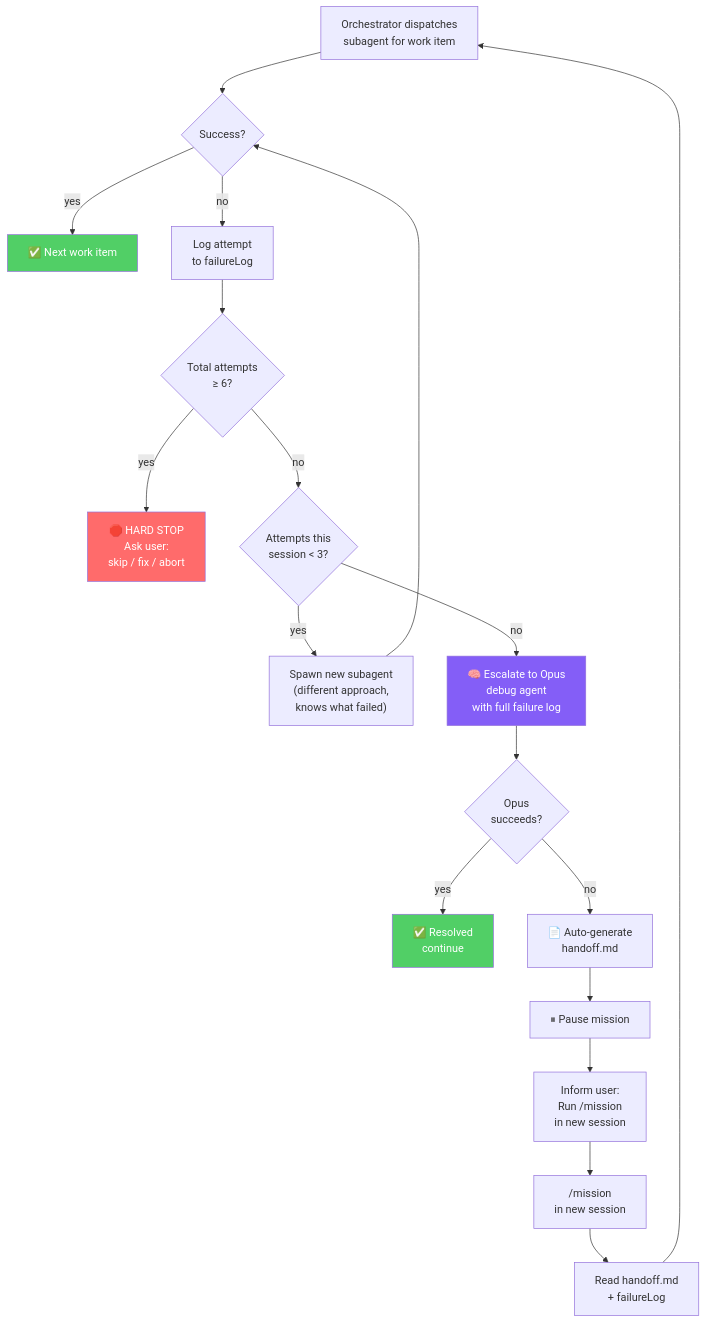
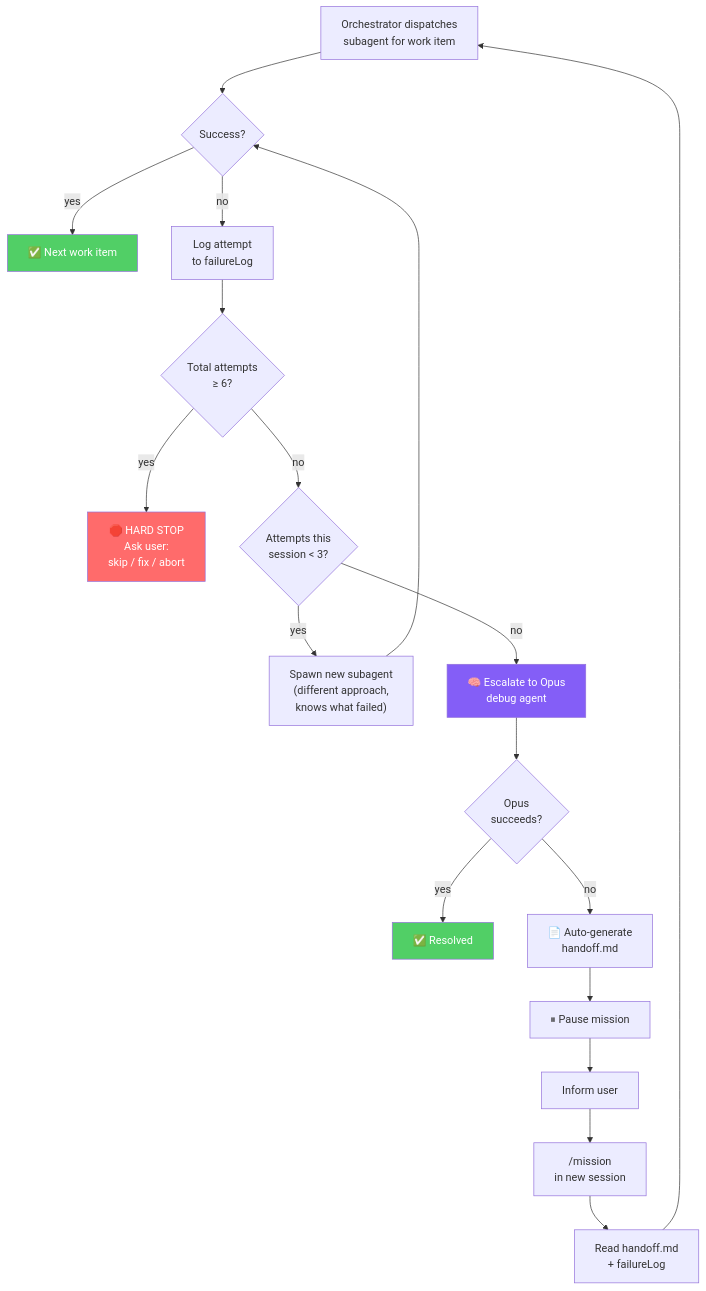
The third of 5 diagrams in README.md (itisbryan/claude-missions), drawn with Mermaid before and after one commit. The commit also changed other lines of this file and 1 other file, not shown here.

````diff
--- a/README.md
+++ b/README.md
@@ -210,31 +325,31 @@
 ```mermaid
 flowchart TD
     Dispatch["Orchestrator dispatches\nsubagent for work item"] --> Result{Success?}
 
     Result -->|yes| Next["✅ Next work item"]
     Result -->|no| Log["Log attempt\nto failureLog"]
 
     Log --> TotalCheck{"Total attempts\n≥ 6?"}
     TotalCheck -->|yes| HardStop["🛑 HARD STOP\nAsk user:\nskip / fix / abort"]
 
     TotalCheck -->|no| SessionCheck{"Attempts this\nsession < 3?"}
     SessionCheck -->|yes| Retry["Spawn new subagent\n(different approach,\nknows what failed)"]
     Retry --> Result
 
-    SessionCheck -->|no| Opus["🧠 Escalate to Opus\ndebug agent\nwith full failure log"]
+    SessionCheck -->|no| Opus["🧠 Escalate to Opus\ndebug agent"]
     Opus --> OpusResult{Opus\nsucceeds?}
 
-    OpusResult -->|yes| Resolved["✅ Resolved\ncontinue"]
+    OpusResult -->|yes| Resolved["✅ Resolved"]
     OpusResult -->|no| AutoHandoff["📄 Auto-generate\nhandoff.md"]
     AutoHandoff --> PauseMission["⏸ Pause mission"]
-    PauseMission --> Inform["Inform user:\nRun /mission\nin new session"]
+    PauseMission --> Inform["Inform user"]
 
     Inform --> NewSession["/mission\nin new session"]
     NewSession --> ReadHandoff["Read handoff.md\n+ failureLog"]
     ReadHandoff --> Dispatch
 
     style HardStop fill:#ff6b6b,color:#fff
     style Resolved fill:#51cf66,color:#fff
     style Next fill:#51cf66,color:#fff
     style Opus fill:#845ef7,color:#fff
 ```
````
